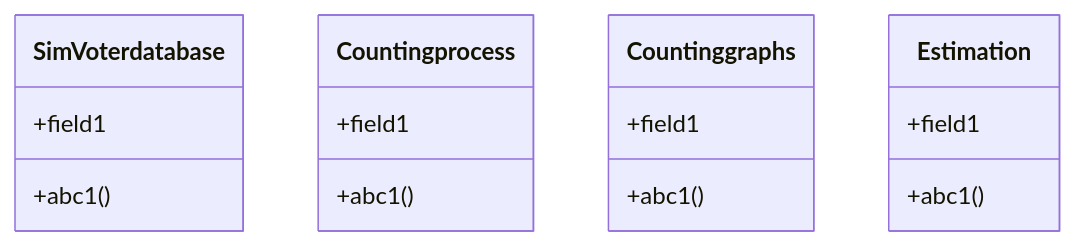
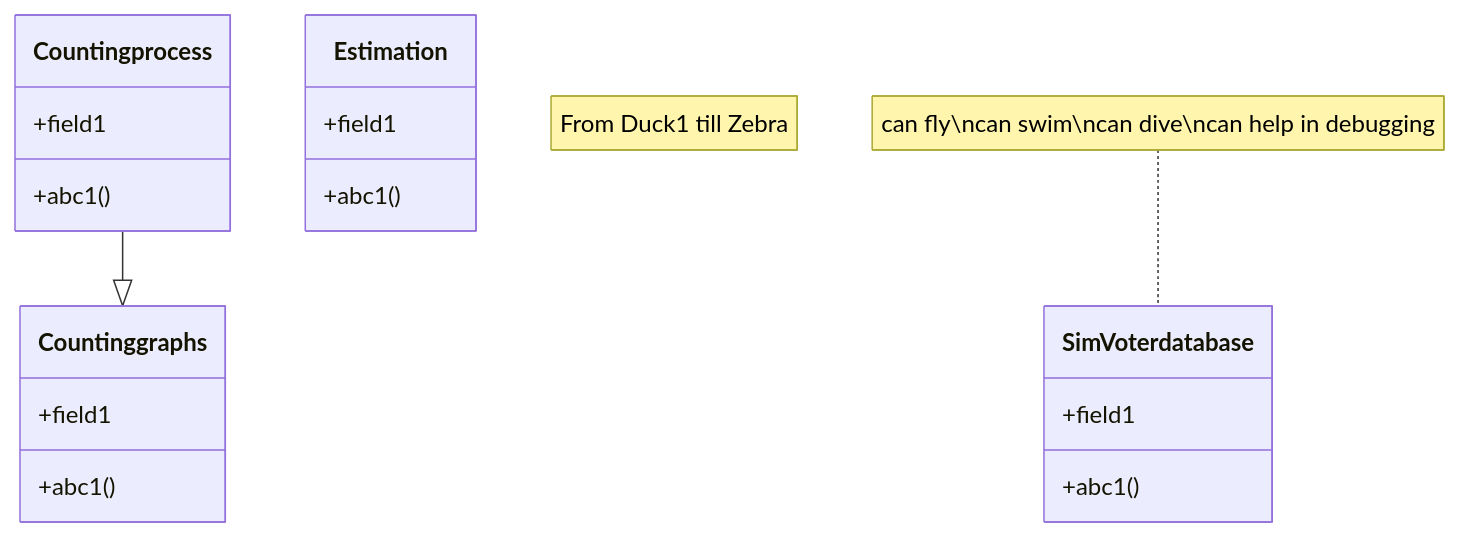
Before and after one commit to lotariohw26/ManifoldDestiny: the diagram in index.qmd, drawn with Mermaid. The commit also changed other lines of this file and 24 other files, not shown here.

````diff
--- a/index.qmd
+++ b/index.qmd
@@ -21,20 +27,23 @@
 ```{mermaid}
 %%| echo: false
 classDiagram
+    note "From Duck1 till Zebra"
+    note for SimVoterdatabase "can fly\ncan swim\ncan dive\ncan help in debugging"
     class SimVoterdatabase{
         +field1
         +abc1()
     }
     class Countingprocess{
         +field1
         +abc1()
     }
     class Countinggraphs{
         +field1
         +abc1()
     }
     class Estimation{
         +field1
         +abc1()
     }
+    Countingprocess --|> Countinggraphs
 ```
````
